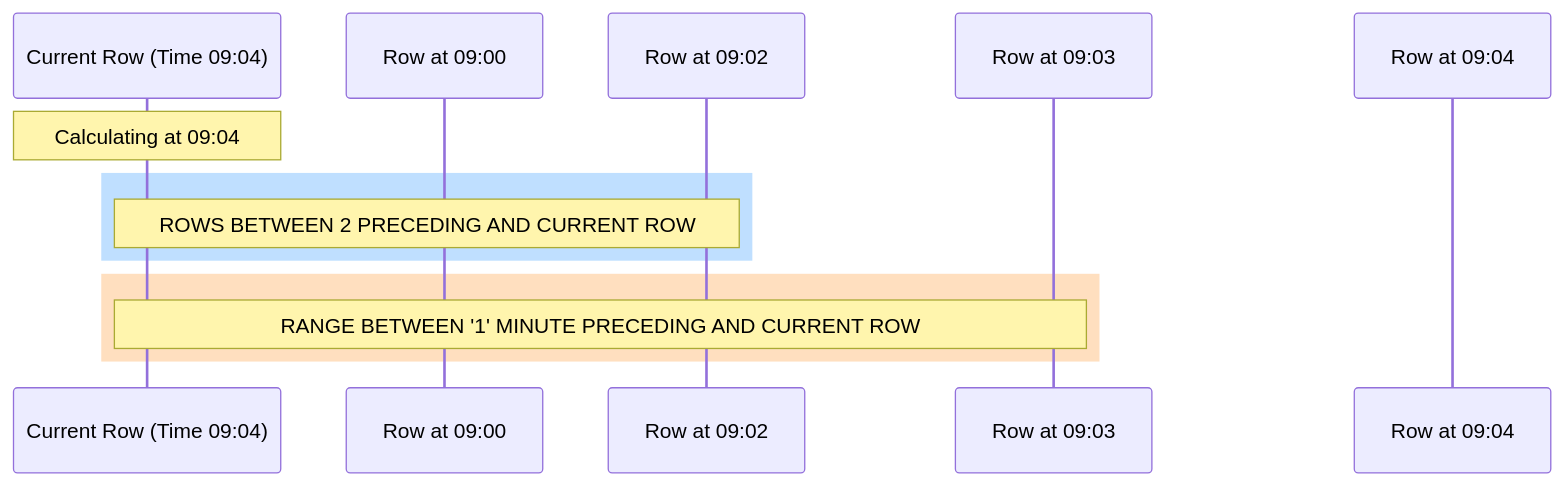
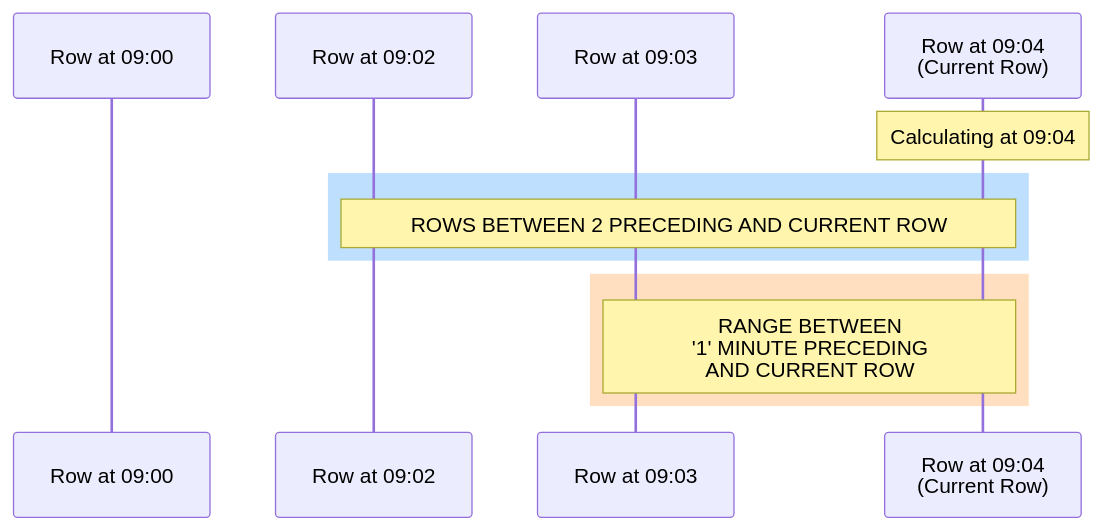
One commit to questdb/documentation changed the first of 5 diagrams in documentation/reference/function/window.md. Above: the diagram before and after it, drawn with Mermaid. The commit also changed other lines of this file and 1 other file, not shown here.

````diff
--- a/documentation/reference/function/window.md
+++ b/documentation/reference/function/window.md
@@ -143,18 +143,17 @@
 ```mermaid
 sequenceDiagram
-    participant CurrentRow as Current Row (Time 09:04)
-    participant Row1 as Row at 09:00
-    participant Row2 as Row at 09:02
-    participant Row3 as Row at 09:03
-    participant Row4 as Row at 09:04
+    participant R1 as Row at 09:00
+    participant R2 as Row at 09:02
+    participant R3 as Row at 09:03
+    participant R4 as Row at 09:04<br/>(Current Row)
 
-    Note over CurrentRow: Calculating at 09:04
+    Note over R4: Calculating at 09:04
 
     rect rgb(191, 223, 255)
-    Note over Row2,CurrentRow: ROWS BETWEEN 2 PRECEDING AND CURRENT ROW
+    Note over R2,R4: ROWS BETWEEN 2 PRECEDING AND CURRENT ROW
     end
 
     rect rgb(255, 223, 191)
-    Note over Row3,CurrentRow: RANGE BETWEEN '1' MINUTE PRECEDING AND CURRENT ROW
+    Note over R3,R4: RANGE BETWEEN<br/>'1' MINUTE PRECEDING<br/>AND CURRENT ROW
     end
 ```
````
